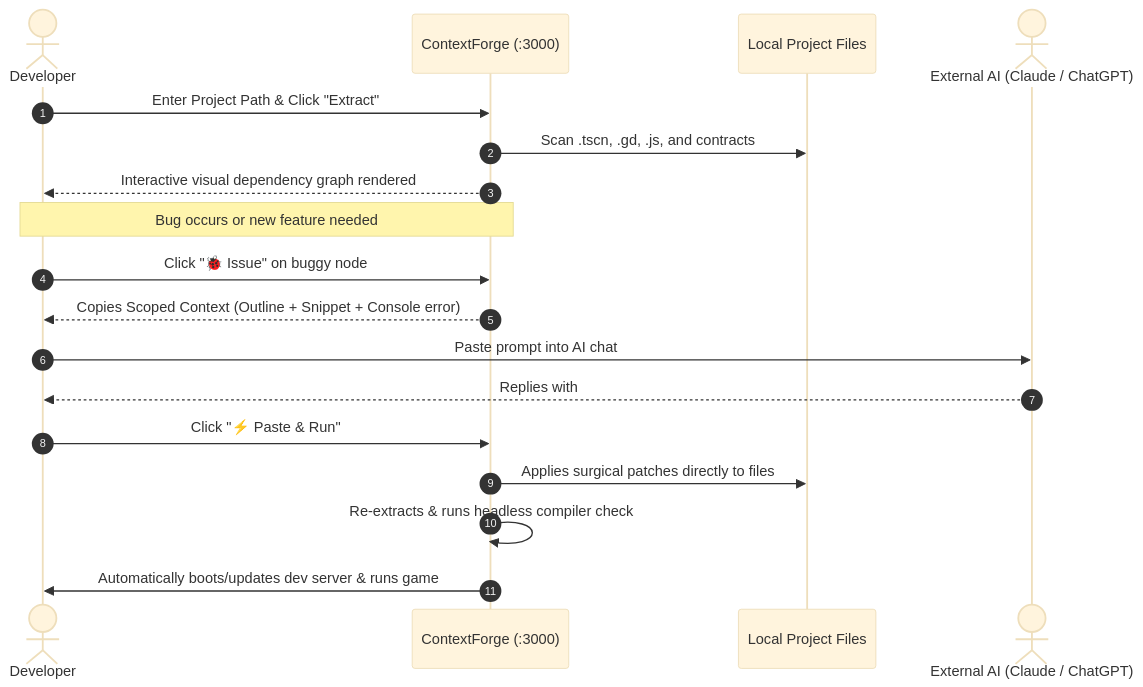
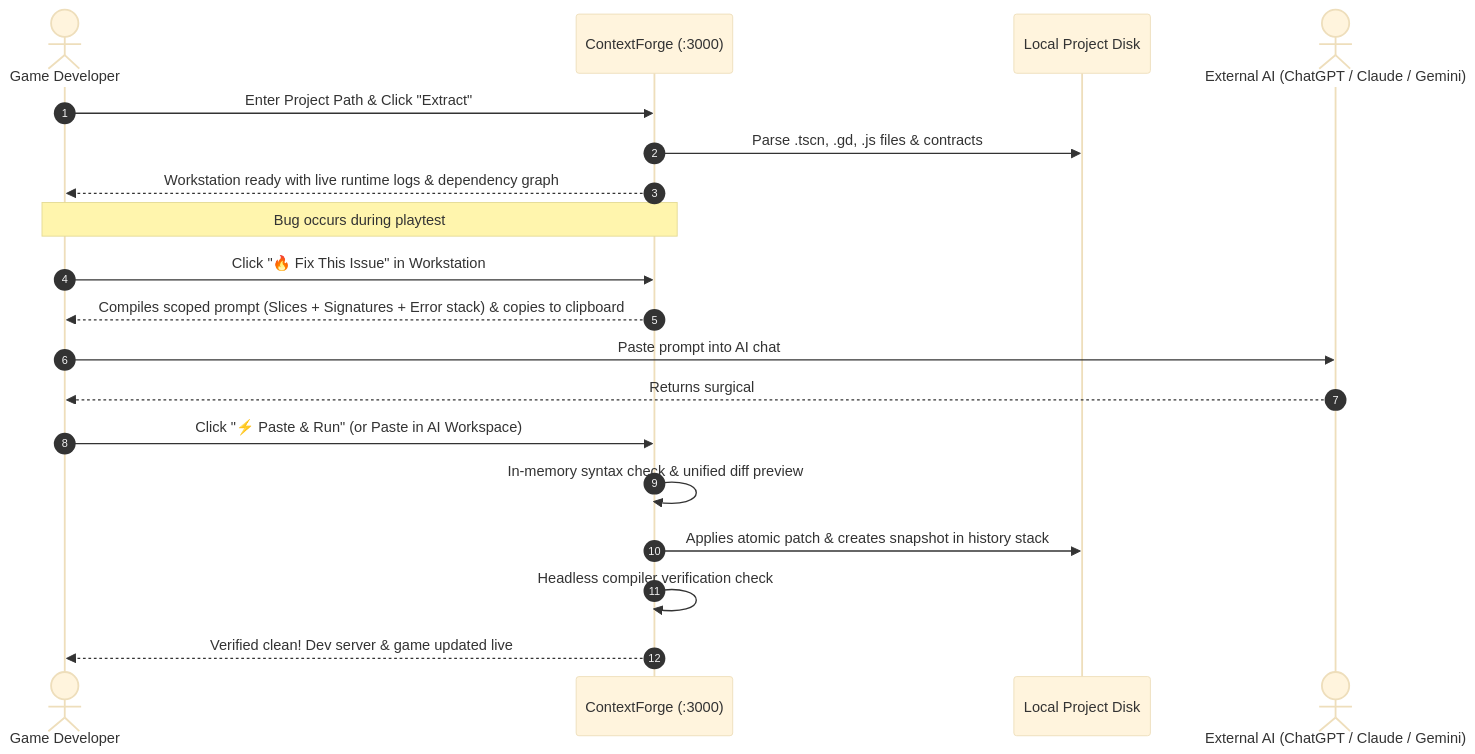
Before and after one commit to aymenhayderhtml-pixel/contextforge: the diagram in README.md, drawn with Mermaid (base theme). The commit also changed other lines of this file and 63 other files, not shown here.

````diff
--- a/README.md
+++ b/README.md
@@ -124,24 +153,25 @@
 ```mermaid
 sequenceDiagram
     autonumber
-    actor Dev as Developer
+    actor Dev as Game Developer
     participant CF as ContextForge (:3000)
-    participant Disk as Local Project Files
-    actor AI as External AI (Claude / ChatGPT)
+    participant Disk as Local Project Disk
+    actor AI as External AI (ChatGPT / Claude / Gemini)
 
     Dev->>CF: Enter Project Path & Click "Extract"
-    CF->>Disk: Scan .tscn, .gd, .js, and contracts
-    CF-->>Dev: Interactive visual dependency graph rendered
+    CF->>Disk: Parse .tscn, .gd, .js files & contracts
+    CF-->>Dev: Workstation ready with live runtime logs & dependency graph
     
-    Note over Dev,CF: Bug occurs or new feature needed
-    Dev->>CF: Click "🐞 Issue" on buggy node
-    CF-->>Dev: Copies Scoped Context (Outline + Snippet + Console error)
+    Note over Dev,CF: Bug occurs during playtest
+    Dev->>CF: Click "🔥 Fix This Issue" in Workstation
+    CF-->>Dev: Compiles scoped prompt (Slices + Signatures + Error stack) & copies to clipboard
     
     Dev->>AI: Paste prompt into AI chat
-    AI-->>Dev: Replies with ### EDIT: or ### FILE: blocks
+    AI-->>Dev: Returns surgical ### EDIT: or ### FILE: blocks
     
-    Dev->>CF: Click "⚡ Paste & Run"
-    CF->>Disk: Applies surgical patches directly to files
-    CF->>CF: Re-extracts & runs headless compiler check
-    CF->>Dev: Automatically boots/updates dev server & runs game
+    Dev->>CF: Click "⚡ Paste & Run" (or Paste in AI Workspace)
+    CF->>CF: In-memory syntax check & unified diff preview
+    CF->>Disk: Applies atomic patch & creates snapshot in history stack
+    CF->>CF: Headless compiler verification check
+    CF-->>Dev: Verified clean! Dev server & game updated live
 ```
````
